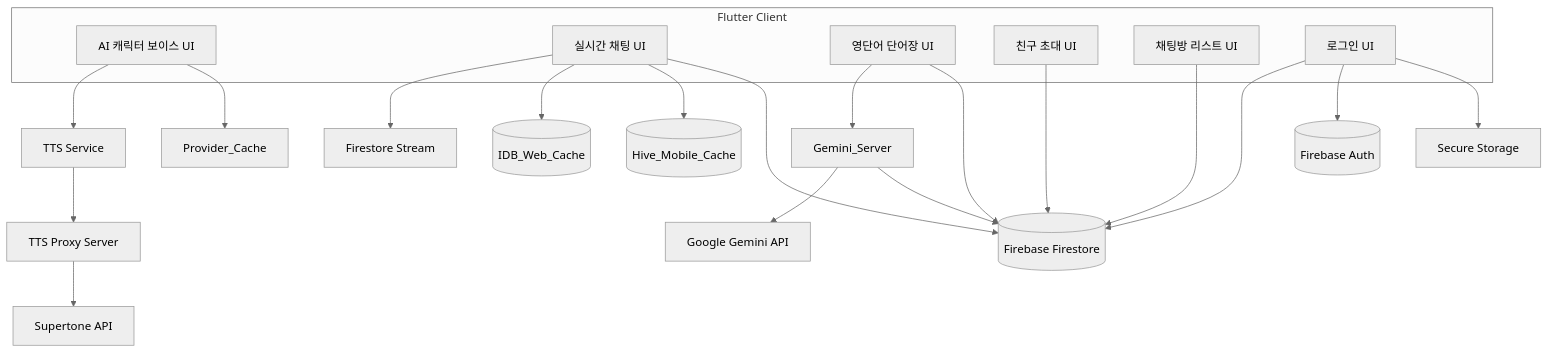
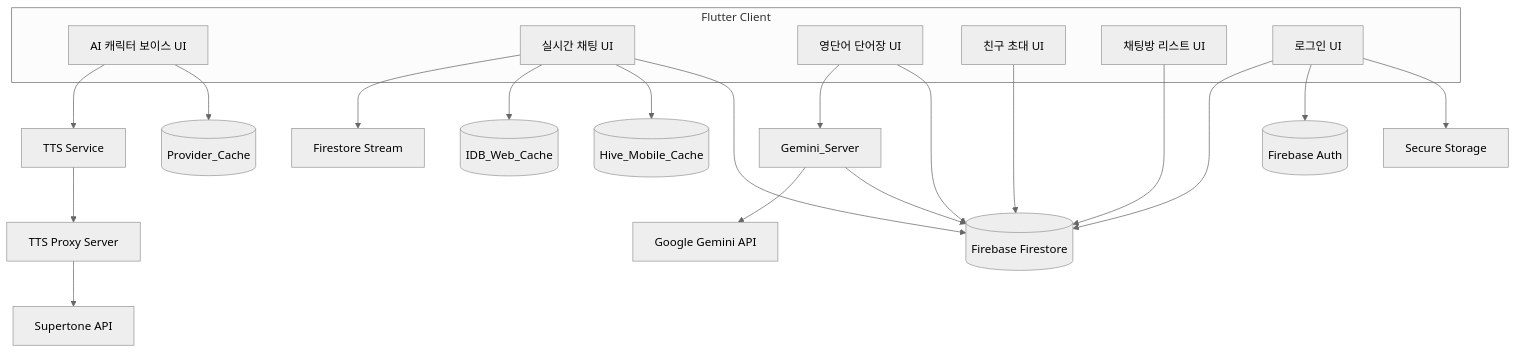
One commit to 8848man/machat changed the diagram in README.md. Above: the diagram before and after it, drawn with Mermaid (neutral theme).

````diff
--- a/README.md
+++ b/README.md
@@ -21,50 +21,51 @@
 ```mermaid
 graph TB
 
     %% --- 클라이언트 ---
     subgraph Client[Flutter Client]
         VoiceUI[AI 캐릭터 보이스 UI]
         ChatUI[실시간 채팅 UI]
         VocabUI[영단어 단어장 UI]
         InviteUI[친구 초대 UI]
         RoomListUI[채팅방 리스트 UI]
         LoginUI[로그인 UI]
     end
 
     %% --- 로컬 캐쉬 ---
     Web_Cache[(IDB_Web_Cache)]
     Mobile_Cache[(Hive_Mobile_Cache)]
+    Memory_Cache[(Provider_Cache)]
     
     %% --- Firebase 공통 (먼저 정의) ---
     FS_DB[(Firebase Firestore)]
     FB_Auth[(Firebase Auth)]
     
     %% --- AI 캐릭터 보이스 ---
     VoiceUI --> TTS_Service[TTS Service];
-    VoiceUI --> Provider_Cache[Provider_Cache];
+    VoiceUI --> Memory_Cache;
     TTS_Service --> TTS_Proxy[TTS Proxy Server];
     TTS_Proxy --> Supertone[Supertone API];
     
     %% --- 실시간 채팅 ---
     ChatUI --> FS_Stream[Firestore Stream];
     ChatUI --> Web_Cache;
     ChatUI --> Mobile_Cache;
     ChatUI --> FS_DB;
     Gemini_Server --> Gemini_API[Google Gemini API];
     
     %% --- 단어장 기능 ---
     VocabUI --> Gemini_Server;
     VocabUI --> FS_DB;
     Gemini_Server --> FS_DB;
     
     %% --- 친구 초대 ---
     InviteUI --> FS_DB;
     
     %% --- 채팅방 리스트 관리 ---
     RoomListUI --> FS_DB;
     
     %% --- 로그인 기능 ---
     LoginUI --> FS_DB;
     LoginUI --> FB_Auth;
     LoginUI --> SecureStorage[Secure Storage];
 ```
````
